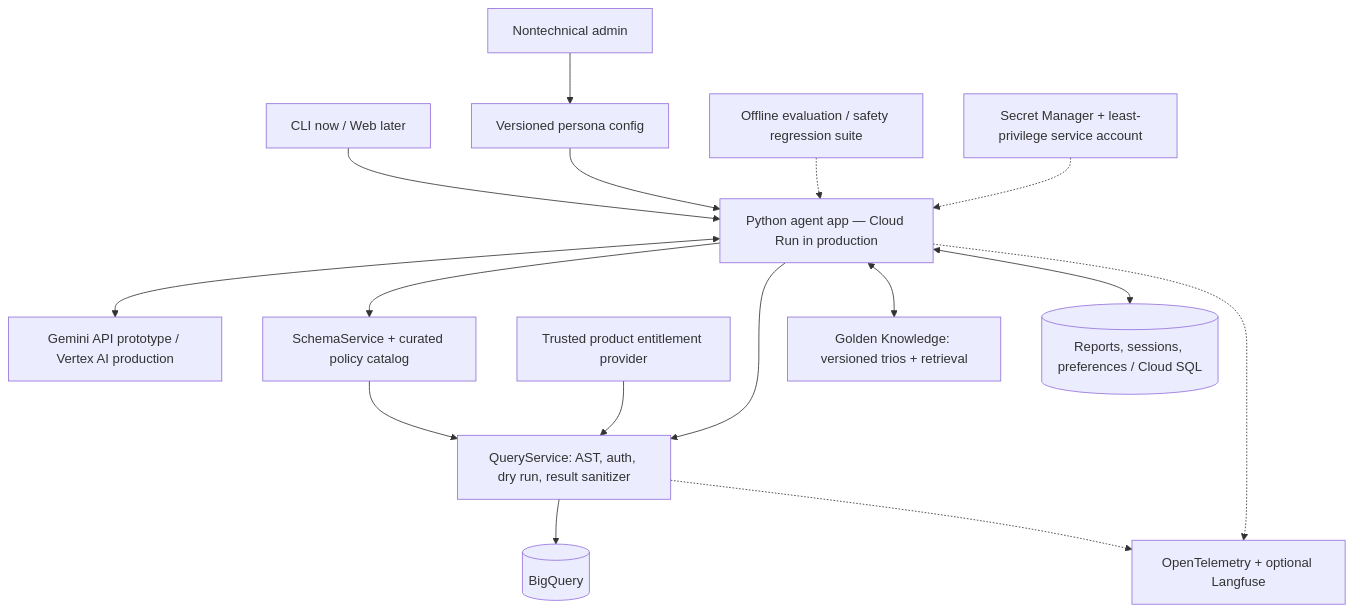
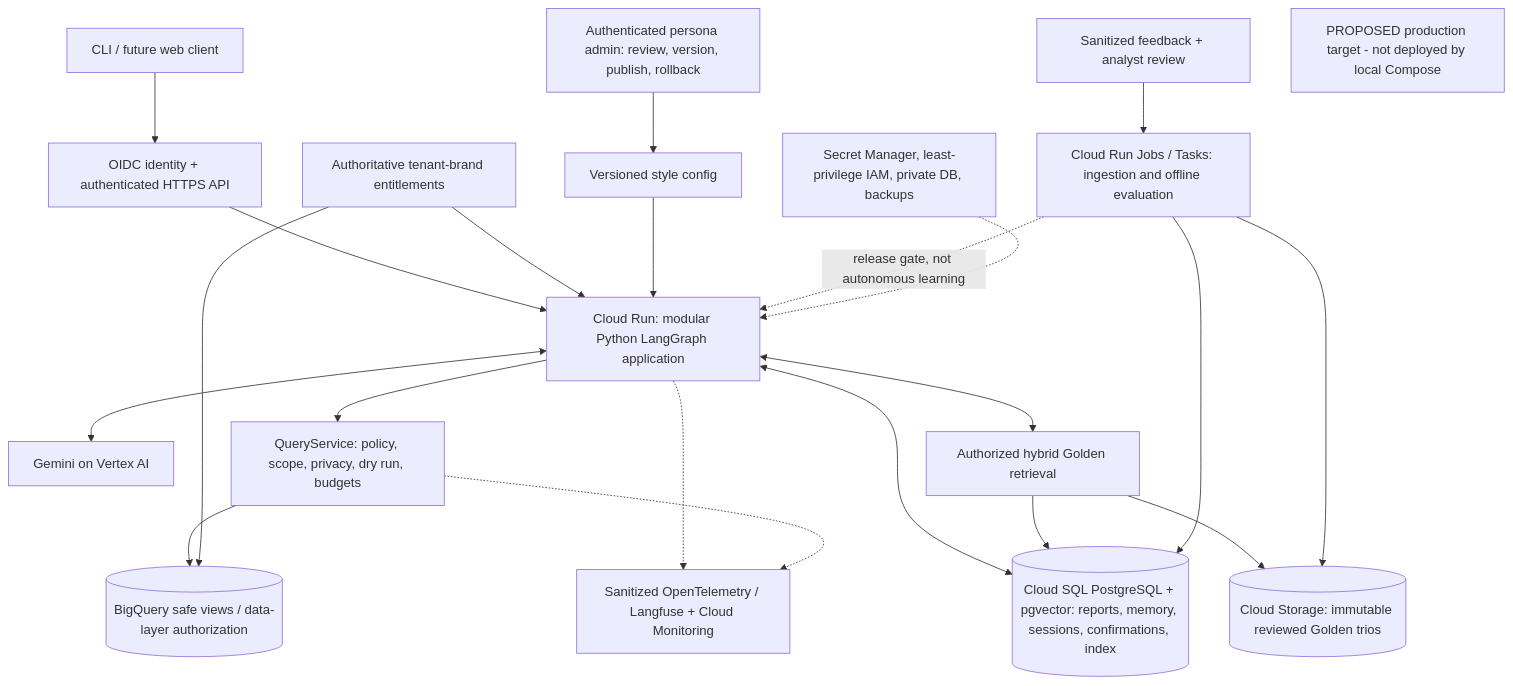
The diagram in HLD/production-hld.mmd (BenFruit/opsfleet_retail), drawn with Mermaid before and after one commit. The commit also changed 39 other files, not shown here.

First line of the commit message:
feat: add persistent user memory and consolidate architecture docs

```diff
--- a/HLD/production-hld.mmd
+++ b/HLD/production-hld.mmd
@@ -1,16 +1,22 @@
 flowchart TB
-    U["CLI now / Web later"] --> APP["Python agent app — Cloud Run in production"]
-    APP <--> MODEL["Gemini API prototype / Vertex AI production"]
-    APP --> SCHEMA["SchemaService + curated policy catalog"]
-    APP --> QUERY["QueryService: AST, auth, dry run, result sanitizer"]
-    QUERY --> BQ[("BigQuery")]
-    ENT["Trusted product entitlement provider"] --> QUERY
-    SCHEMA --> QUERY
-    APP <--> KG["Golden Knowledge: versioned trios + retrieval"]
-    APP <--> DB[("Reports, sessions, preferences / Cloud SQL")]
-    ADMIN["Nontechnical admin"] --> CFG["Versioned persona config"]
+    U["CLI / future web client"] --> AUTH["OIDC identity + authenticated HTTPS API"]
+    AUTH --> APP["Cloud Run: modular Python LangGraph application"]
+    ENT["Authoritative tenant-brand entitlements"] --> APP
+    APP <--> MODEL["Gemini on Vertex AI"]
+    APP --> QUERY["QueryService: policy, scope, privacy, dry run, budgets"]
+    QUERY --> BQ[("BigQuery safe views / data-layer authorization")]
+    ENT --> BQ
+    APP <--> DB[("Cloud SQL PostgreSQL + pgvector: reports, memory, sessions, confirmations, index")]
+    APP <--> RET["Authorized hybrid Golden retrieval"]
+    RET --> DB
+    RET --> GCS[("Cloud Storage: immutable reviewed Golden trios")]
+    ADMIN["Authenticated persona admin: review, version, publish, rollback"] --> CFG["Versioned style config"]
     CFG --> APP
-    APP -.-> TRACE["OpenTelemetry + optional Langfuse"]
-    QUERY -.-> TRACE
-    TEST["Offline evaluation / safety regression suite"] -.-> APP
-    SECRET["Secret Manager + least-privilege service account"] -.-> APP
+    REVIEW["Sanitized feedback + analyst review"] --> JOB["Cloud Run Jobs / Tasks: ingestion and offline evaluation"]
+    JOB --> GCS
+    JOB --> DB
+    JOB -.->|"release gate, not autonomous learning"| APP
+    APP -.-> OBS["Sanitized OpenTelemetry / Langfuse + Cloud Monitoring"]
+    QUERY -.-> OBS
+    SEC["Secret Manager, least-privilege IAM, private DB, backups"] -.-> APP
+    NOTE["PROPOSED production target - not deployed by local Compose"]
```
